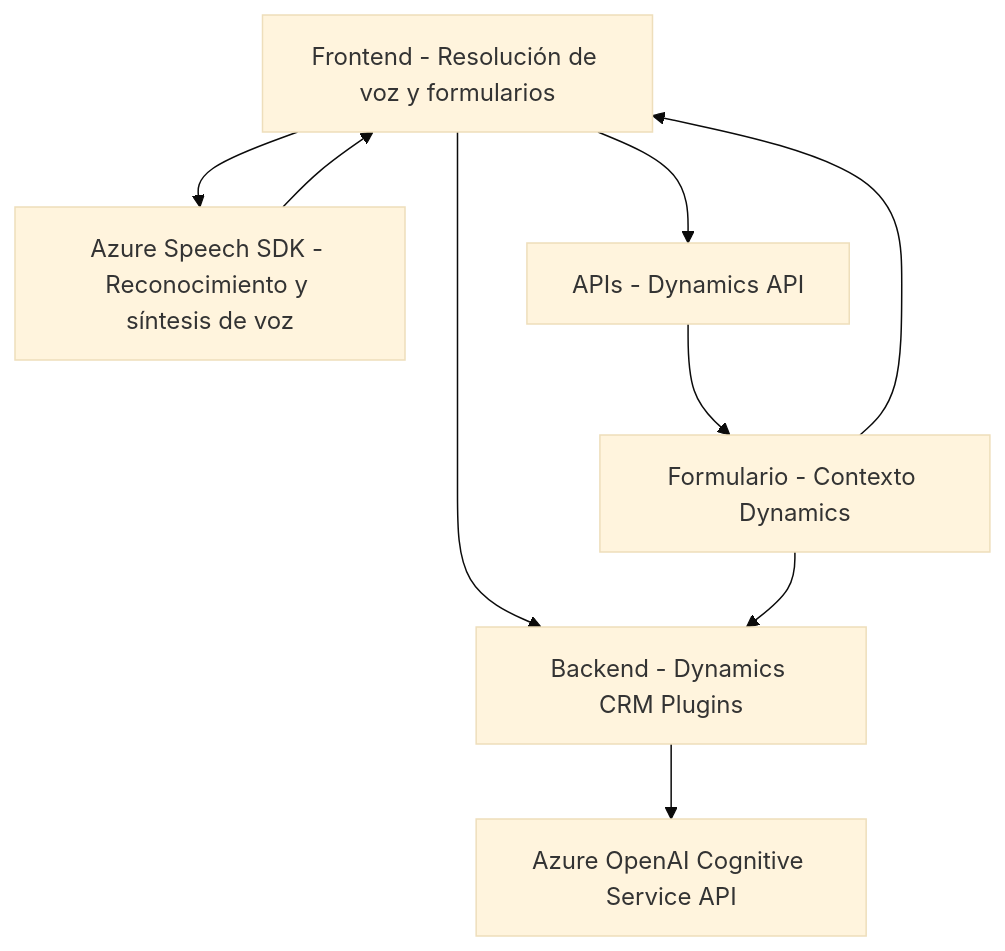
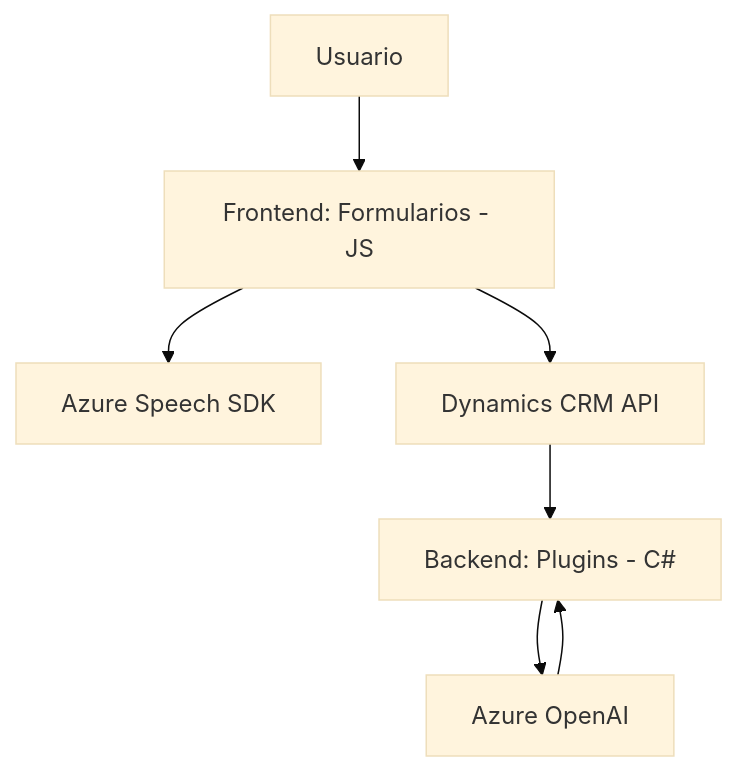
The diagram in README.md (blopezdm/NETCORE_BILBAO2025), drawn with Mermaid (base theme) before and after one commit. The commit also changed other lines of this file, not shown here.

````diff
--- a/README.md
+++ b/README.md
@@ -37,18 +37,9 @@
 ```mermaid
 graph TD
-    A["Frontend - Resolución de voz y formularios"]
-    B["Azure Speech SDK - Reconocimiento y síntesis de voz"]
-    C["Backend - Dynamics CRM Plugins"]
-    D["Azure OpenAI Cognitive Service API"]
-    E["APIs - Dynamics API"]
-    F["Formulario - Contexto Dynamics"]
-
-    A --> B
-    A --> E
-    F --> A
-    B --> A
-    A --> C
-    C --> D
-    E --> F
-    F --> C
+    A["Usuario"] --> B["Frontend: Formularios - JS"]
+    B --> C["Azure Speech SDK"]
+    B --> D["Dynamics CRM API"]
+    D --> E["Backend: Plugins - C#"]
+    E --> F["Azure OpenAI"]
+    F --> E
 ```
````
